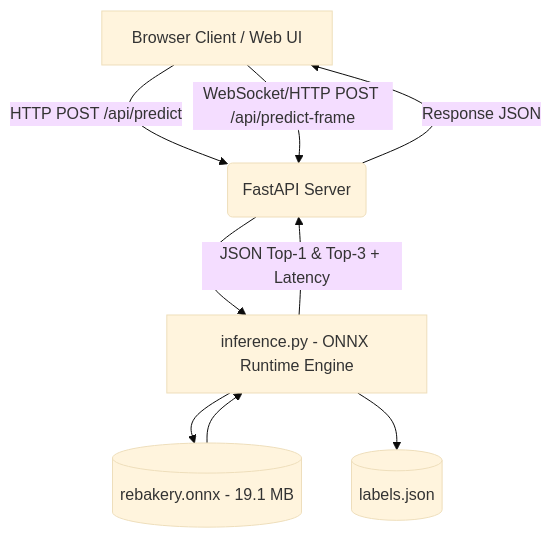
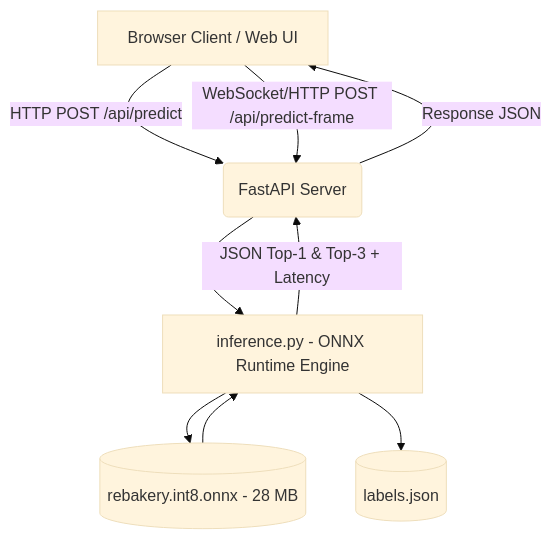
Before and after one commit to AllenGTx/Re-Bakery: the diagram in README.md, drawn with Mermaid (base theme). The commit also changed other lines of this file and 5 other files, not shown here.

````diff
--- a/README.md
+++ b/README.md
@@ -31,11 +31,11 @@
 ```mermaid
 graph TD
     A[Browser Client / Web UI] -->|HTTP POST /api/predict| B(FastAPI Server)
     A -->|WebSocket/HTTP POST /api/predict-frame| B
     B --> C[inference.py - ONNX Runtime Engine]
-    C --> D[(rebakery.onnx - 19.1 MB)]
+    C --> D[(rebakery.int8.onnx - 28 MB)]
     C --> E[(labels.json)]
     D --> C
     C -->|JSON Top-1 & Top-3 + Latency| B
     B -->|Response JSON| A
 ```
````
